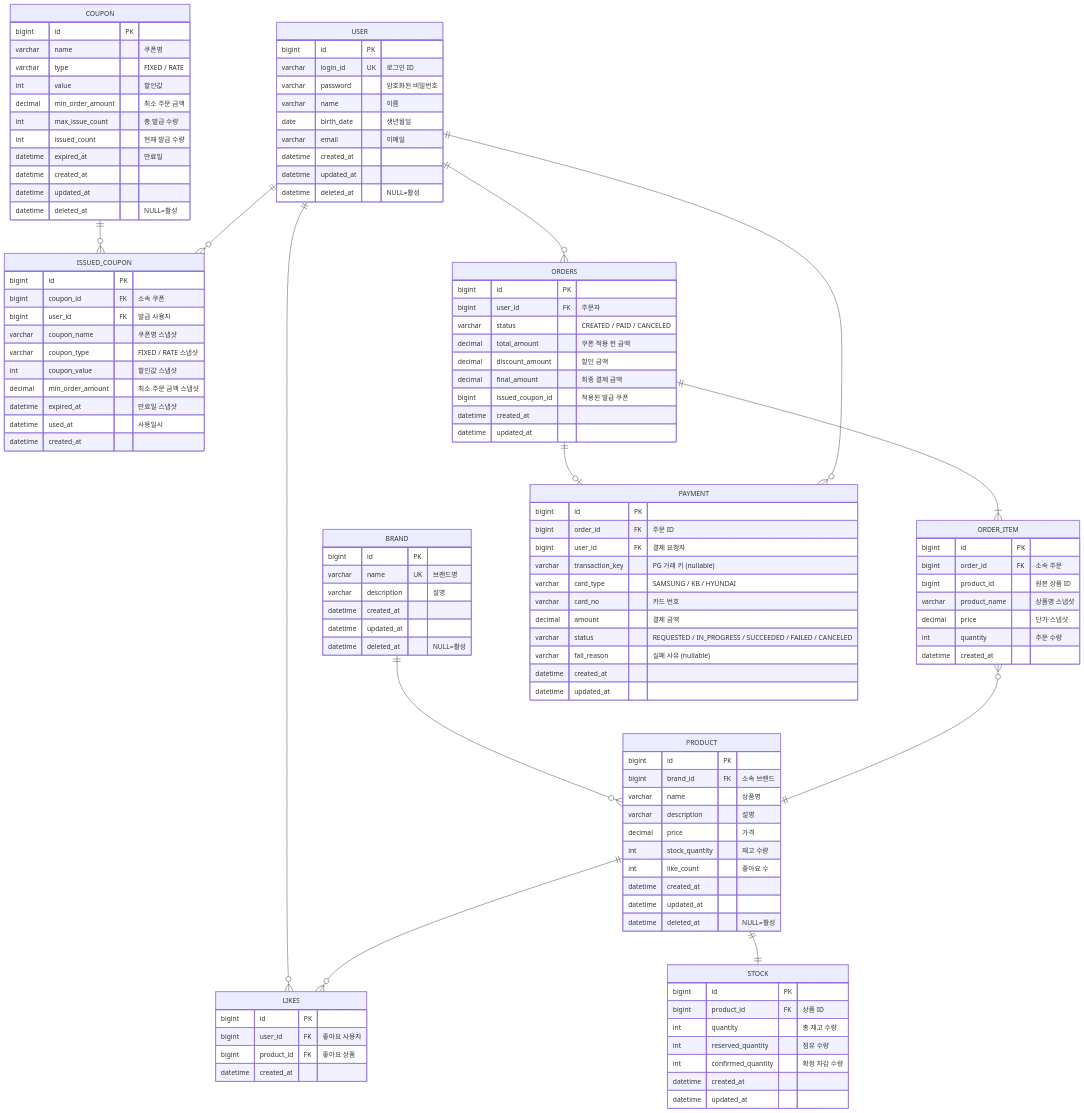
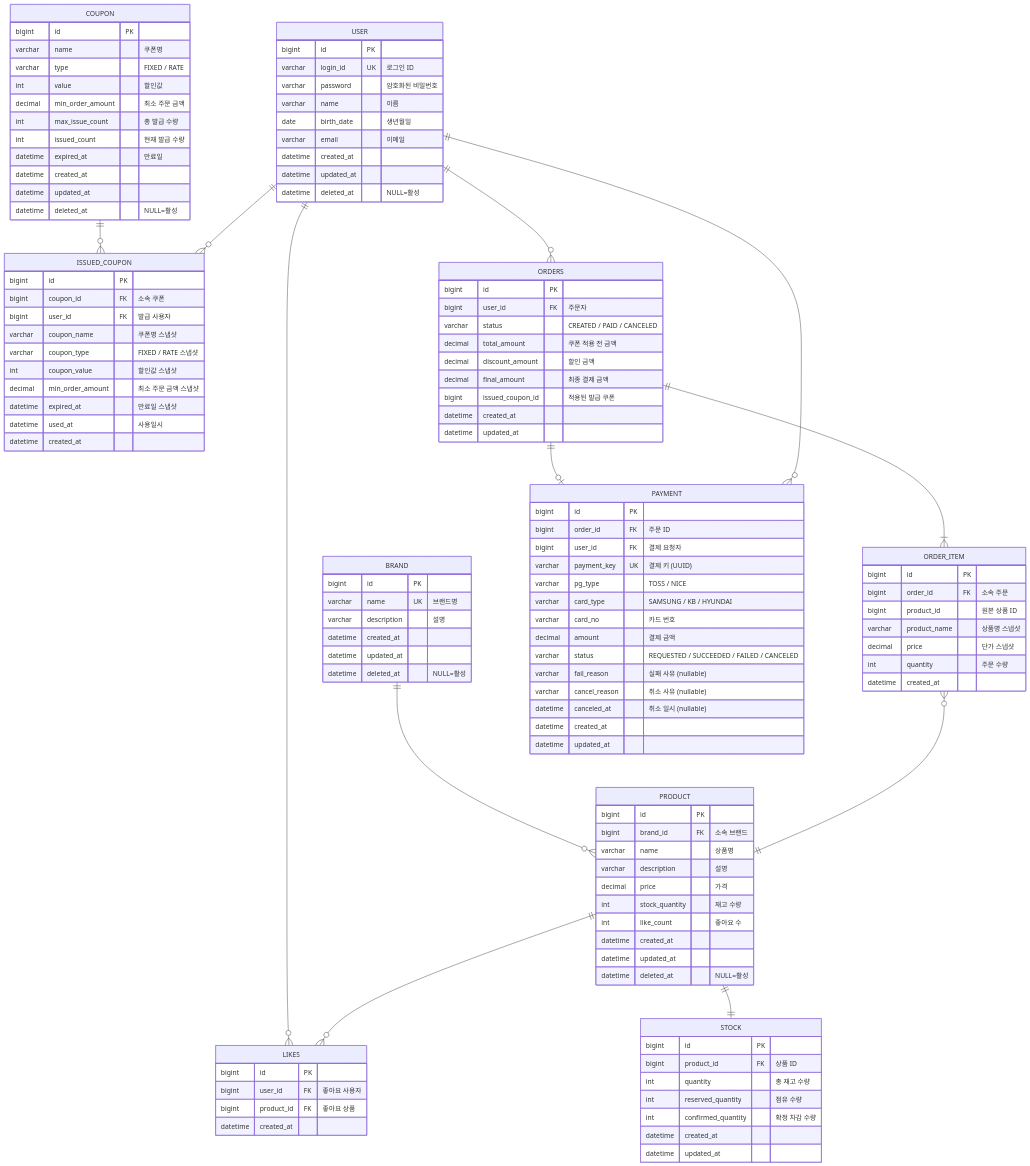
One commit to Loopers-dev-lab/loop-pack-be-l2-vol3-java changed the diagram in docs/design/erd.md. Above: the diagram before and after it, drawn with Mermaid. The commit also changed 15 other files, not shown here.

```diff
--- a/docs/design/erd.md
+++ b/docs/design/erd.md
@@ -111,12 +111,15 @@
         bigint id PK
         bigint order_id FK "주문 ID"
         bigint user_id FK "결제 요청자"
-        varchar transaction_key "PG 거래 키 (nullable)"
+        varchar payment_key UK "결제 키 (UUID)"
+        varchar pg_type "TOSS / NICE"
         varchar card_type "SAMSUNG / KB / HYUNDAI"
         varchar card_no "카드 번호"
         decimal amount "결제 금액"
-        varchar status "REQUESTED / IN_PROGRESS / SUCCEEDED / FAILED / CANCELED"
+        varchar status "REQUESTED / SUCCEEDED / FAILED / CANCELED"
         varchar fail_reason "실패 사유 (nullable)"
+        varchar cancel_reason "취소 사유 (nullable)"
+        datetime canceled_at "취소 일시 (nullable)"
         datetime created_at
         datetime updated_at
     }
```
